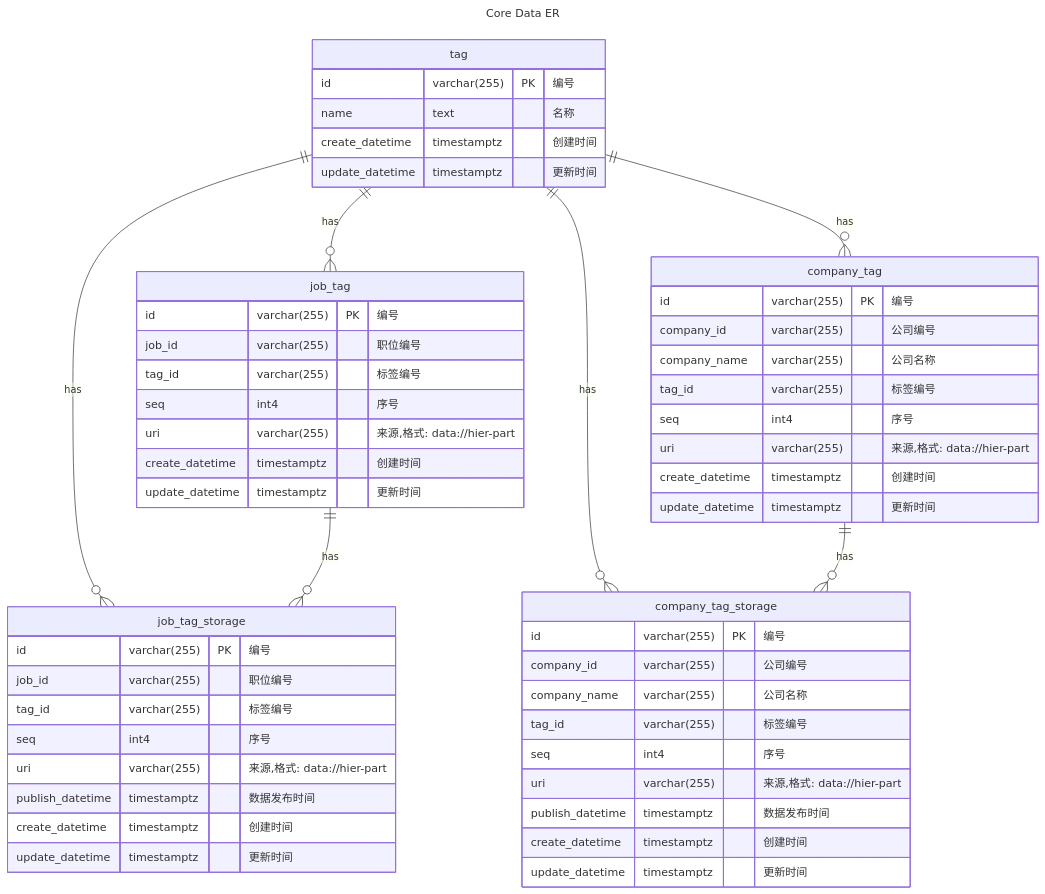
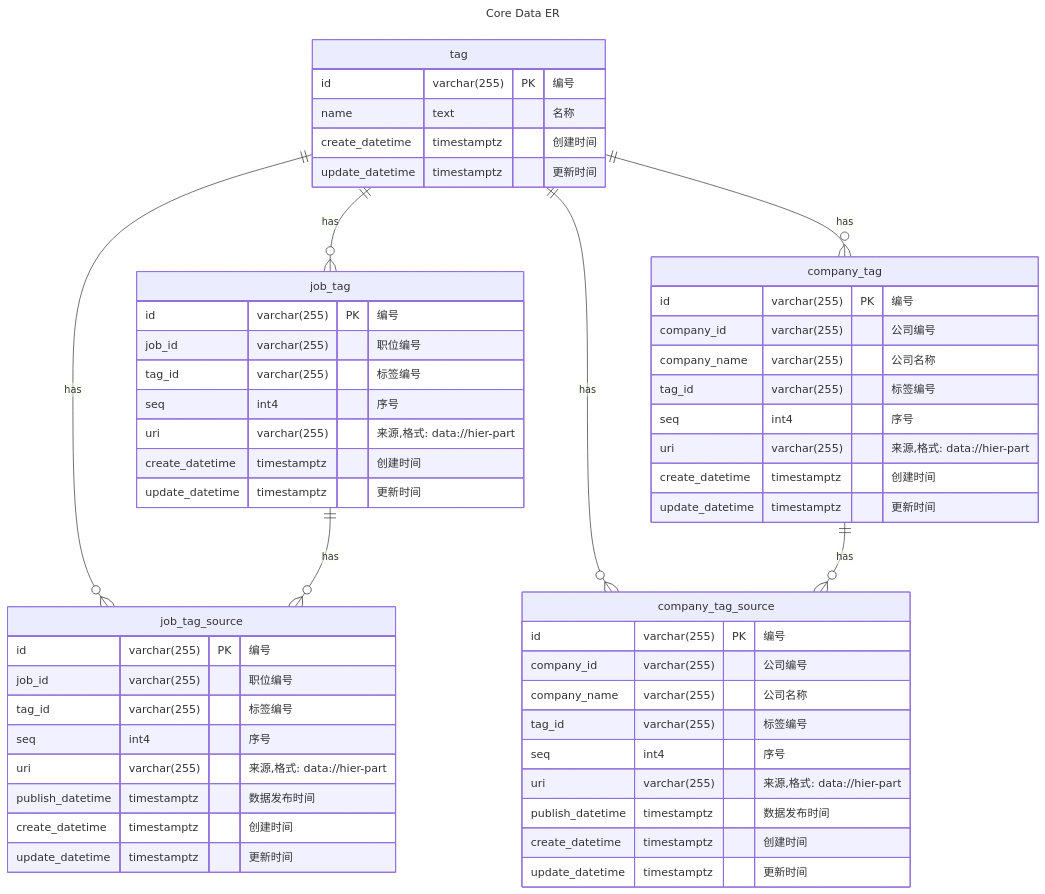
The second of 4 diagrams in docs/src/development/server/core_logic_flow.md (lastsunday/job-hunting), drawn with Mermaid before and after one commit. The commit also changed other lines of this file, not shown here.

Commit message:
docs(server): change *_storage to *_source,add some schema index wip

````diff
--- a/docs/src/development/server/core_logic_flow.md
+++ b/docs/src/development/server/core_logic_flow.md
@@ -168,58 +168,58 @@
 ```mermaid
 ---
 title: Core Data ER
 ---
 erDiagram
     tag{
       id varchar(255) PK "编号"
       name text "名称"
       create_datetime timestamptz "创建时间"
       update_datetime timestamptz "更新时间"
     }
-    tag ||--o{ job_tag_storage: has
-    job_tag_storage{
+    tag ||--o{ job_tag_source: has
+    job_tag_source{
       id varchar(255) PK "编号"
       job_id varchar(255) "职位编号"
       tag_id varchar(255) "标签编号"
       seq int4 "序号"
       uri varchar(255) "来源,格式: data://hier-part"
       publish_datetime timestamptz "数据发布时间"
       create_datetime timestamptz "创建时间"
       update_datetime timestamptz "更新时间"
     }
-    tag ||--o{ company_tag_storage: has
-    company_tag_storage{
+    tag ||--o{ company_tag_source: has
+    company_tag_source{
       id varchar(255) PK "编号"
       company_id varchar(255) "公司编号"
       company_name varchar(255) "公司名称"
       tag_id varchar(255) "标签编号"
       seq int4 "序号"
       uri varchar(255) "来源,格式: data://hier-part"
       publish_datetime timestamptz "数据发布时间"
       create_datetime timestamptz "创建时间"
       update_datetime timestamptz "更新时间"
     }
     tag ||--o{ job_tag: has
-    job_tag ||--o{ job_tag_storage: has
+    job_tag ||--o{ job_tag_source: has
     job_tag{
       id varchar(255) PK "编号"
       job_id varchar(255) "职位编号"
       tag_id varchar(255) "标签编号"
       seq int4 "序号"
       uri varchar(255) "来源,格式: data://hier-part"
       create_datetime timestamptz "创建时间"
       update_datetime timestamptz "更新时间"
     }
     tag ||--o{ company_tag: has
-    company_tag ||--o{ company_tag_storage: has
+    company_tag ||--o{ company_tag_source: has
     company_tag{
       id varchar(255) PK "编号"
       company_id varchar(255) "公司编号"
       company_name varchar(255) "公司名称"
       tag_id varchar(255) "标签编号"
       seq int4 "序号"
       uri varchar(255) "来源,格式: data://hier-part"
       create_datetime timestamptz "创建时间"
       update_datetime timestamptz "更新时间"
     }
 ```
````
